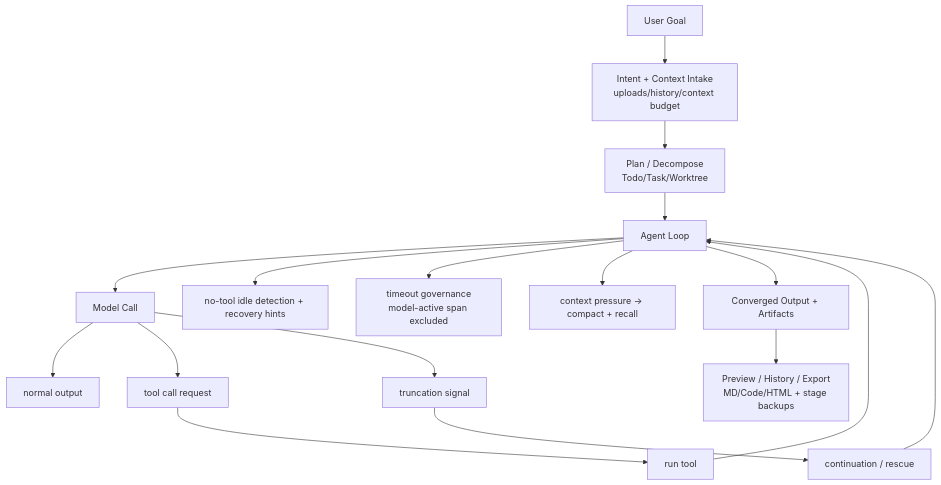
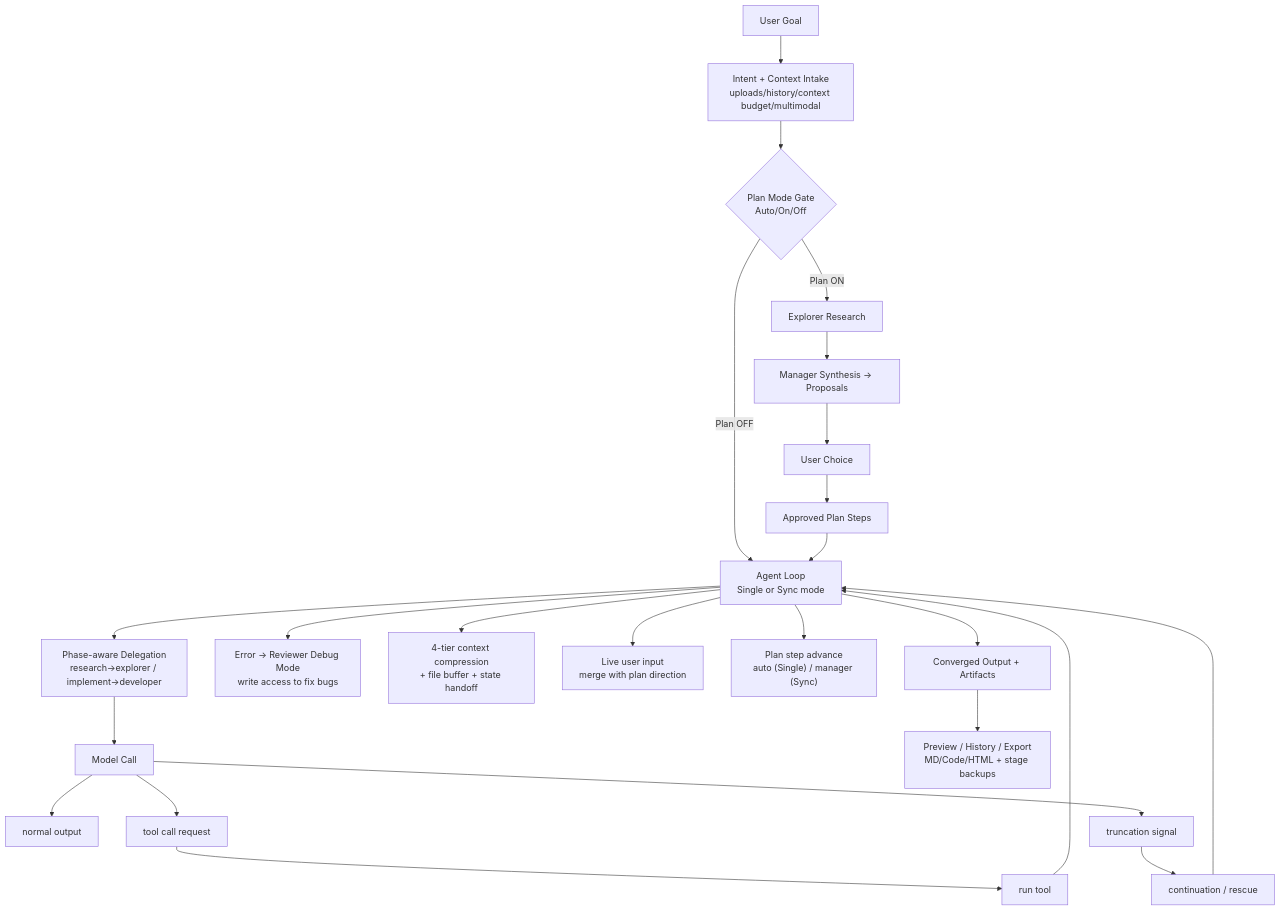
One commit to FonaTech/Clouds-Coder changed the third of 7 diagrams in README.md. Above: the diagram before and after it, drawn with Mermaid. The commit also changed other lines of this file and 3 other files, not shown here.

````diff
--- a/README.md
+++ b/README.md
@@ -236,19 +264,26 @@
 ```mermaid
 flowchart TD
-  A["User Goal"] --> B["Intent + Context Intake<br/>uploads/history/context budget"]
-  B --> C["Plan / Decompose<br/>Todo/Task/Worktree"]
-  C --> D["Agent Loop"]
-  D --> E["Model Call"]
+  A["User Goal"] --> B["Intent + Context Intake<br/>uploads/history/context budget/multimodal"]
+  B --> PM{"Plan Mode Gate<br/>Auto/On/Off"}
+  PM -->|Plan ON| PR["Explorer Research"]
+  PR --> PS["Manager Synthesis → Proposals"]
+  PS --> UC["User Choice"]
+  UC --> PL["Approved Plan Steps"]
+  PM -->|Plan OFF| D
+  PL --> D["Agent Loop<br/>Single or Sync mode"]
+  D --> PH["Phase-aware Delegation<br/>research→explorer / implement→developer"]
+  PH --> E["Model Call"]
   E --> F["normal output"]
   E --> G["tool call request"]
   G --> H["run tool"]
   H --> D
   E --> I["truncation signal"]
   I --> J["continuation / rescue"]
   J --> D
-  D --> K["no-tool idle detection + recovery hints"]
-  D --> L["timeout governance<br/>model-active span excluded"]
-  D --> M["context pressure -> compact + recall"]
+  D --> DBG["Error → Reviewer Debug Mode<br/>write access to fix bugs"]
+  D --> TC["4-tier context compression<br/>+ file buffer + state handoff"]
+  D --> LI["Live user input<br/>merge with plan direction"]
+  D --> SA["Plan step advance<br/>auto (Single) / manager (Sync)"]
   D --> N["Converged Output + Artifacts"]
   N --> O["Preview / History / Export<br/>MD/Code/HTML + stage backups"]
 ```
````
